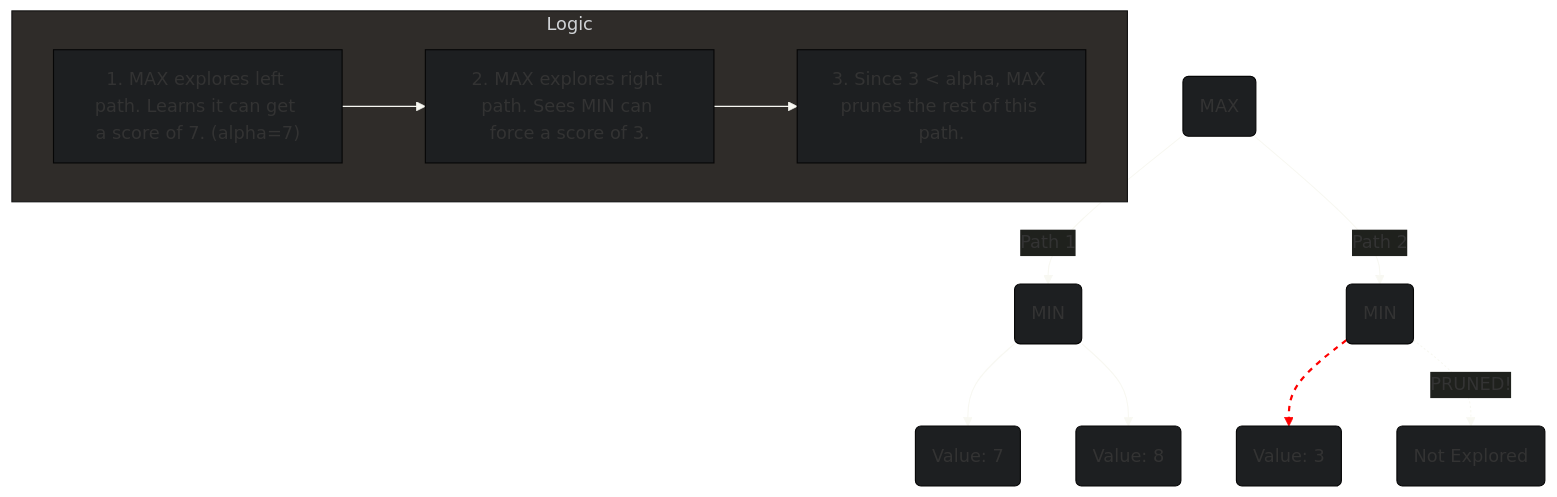
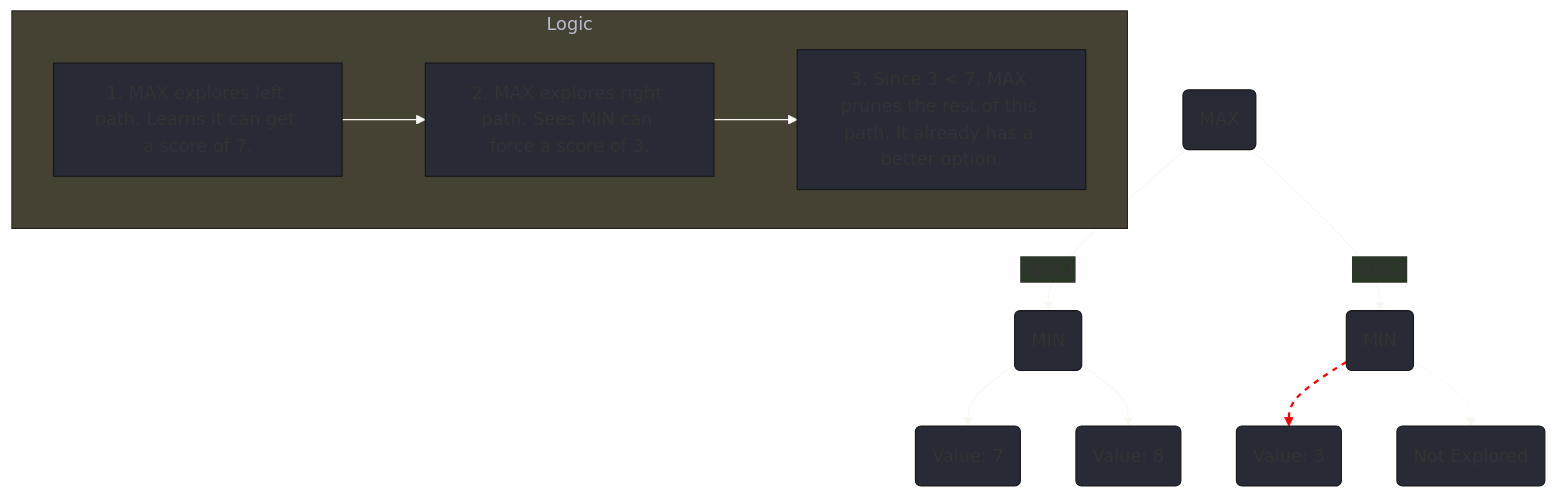
Before and after one commit to eltay89/eltay89.github.io: the sixth of 6 diagrams in _posts/2025-08-08-ai-search-algorithms-a-z.md, drawn with Mermaid. The commit also changed other lines of this file, not shown here.

````diff
--- a/_posts/2025-08-08-ai-search-algorithms-a-z.md
+++ b/_posts/2025-08-08-ai-search-algorithms-a-z.md
@@ -244,19 +229,19 @@
 ```mermaid
-%%{ init: { 'theme': 'base', 'themeVariables': { 'primaryColor': '#1d1f21', 'lineColor': '#f8f8f2', 'textColor': '#f8f8f2' } } }%%
+%%{ init: { 'theme': 'base', 'themeVariables': { 'primaryColor': '#282a36', 'lineColor': '#f8f8f2', 'textColor': '#f8f8f2' } } }%%
 graph TD
     A("MAX") -- "Path 1" --> B("MIN");
     A -- "Path 2" --> C("MIN");
     
     B --> D("Value: 7");
     B --> E("Value: 8");
     
     C --> F("Value: 3");
-    C -. "PRUNED!" .-> G("Not Explored");
+    C -.-> G("Not Explored");
 
     subgraph "Logic"
-      L1["1. MAX explores left path. Learns it can get a score of 7. (alpha=7)"] -->
-      L2["2. MAX explores right path. Sees MIN can force a score of 3."] -->
-      L3["3. Since 3 < alpha, MAX prunes the rest of this path."]
+        L1["1. MAX explores left path. Learns it can get a score of 7."] -->
+        L2["2. MAX explores right path. Sees MIN can force a score of 3."] -->
+        L3["3. Since 3 < 7, MAX prunes the rest of this path. It already has a better option."]
     end
     linkStyle 4 stroke-width:2px,stroke-dasharray: 5 5,stroke:red;
 ```
````
